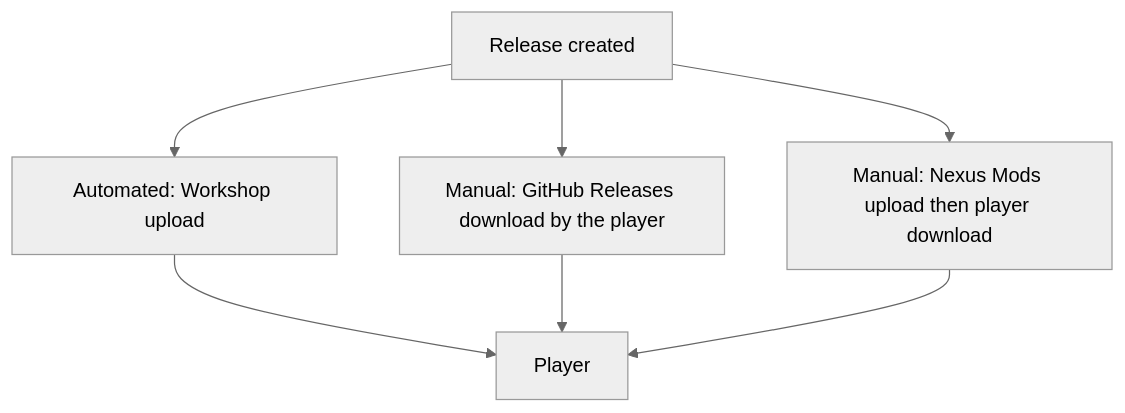
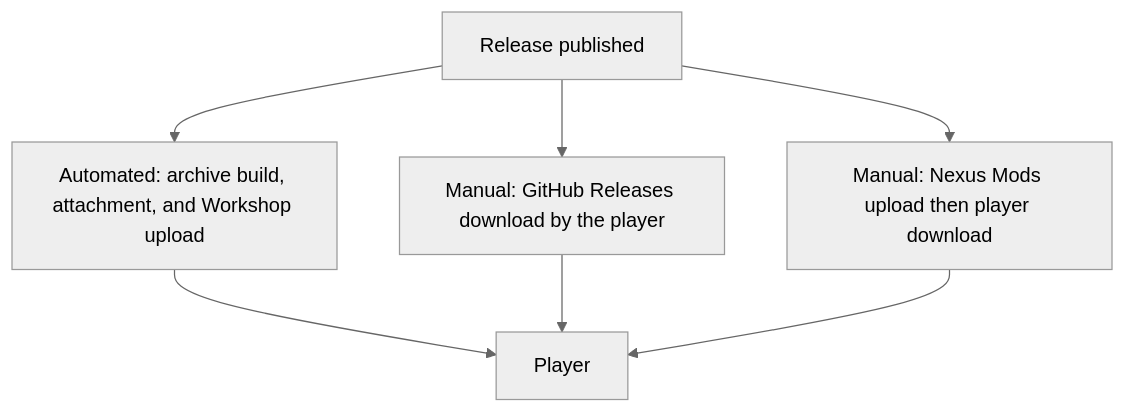
The second of 2 diagrams in docs/flows/release-and-publishing.md (hmlendea/imperator-dracones-invictus), drawn with Mermaid (neutral theme) before and after one commit. The commit also changed other lines of this file and 23 other files, not shown here.

Commit message:
ci: Created the GitHub Release workflow

````diff
--- a/docs/flows/release-and-publishing.md
+++ b/docs/flows/release-and-publishing.md
@@ -64,10 +71,10 @@
 ```mermaid
 flowchart TD
-    Release[Release created]
-    Release --> Auto[Automated: Workshop upload]
+    Release[Release published]
+    Release --> Auto[Automated: archive build, attachment, and Workshop upload]
     Release --> ManualGh[Manual: GitHub Releases download by the player]
     Release --> ManualNexus[Manual: Nexus Mods upload then player download]
     Auto --> Player[Player]
     ManualGh --> Player
     ManualNexus --> Player
 ```
````
